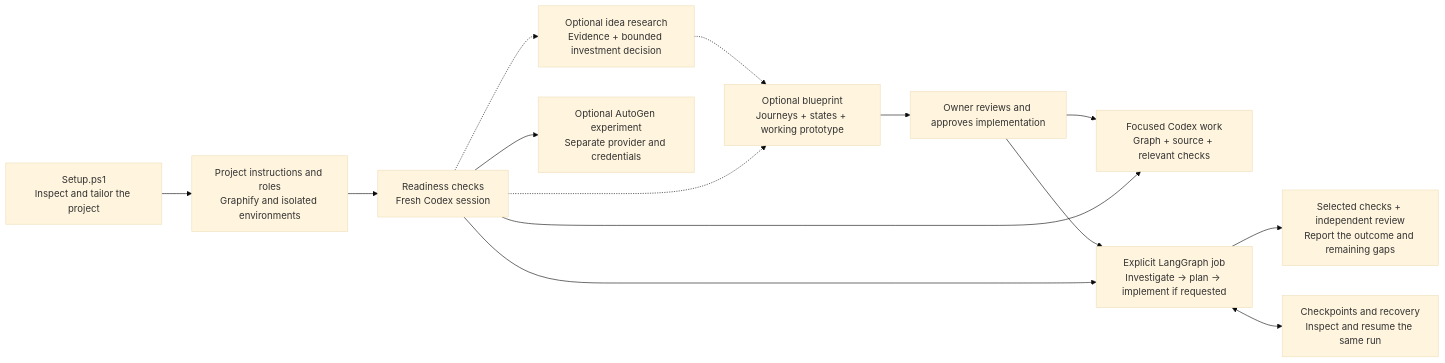
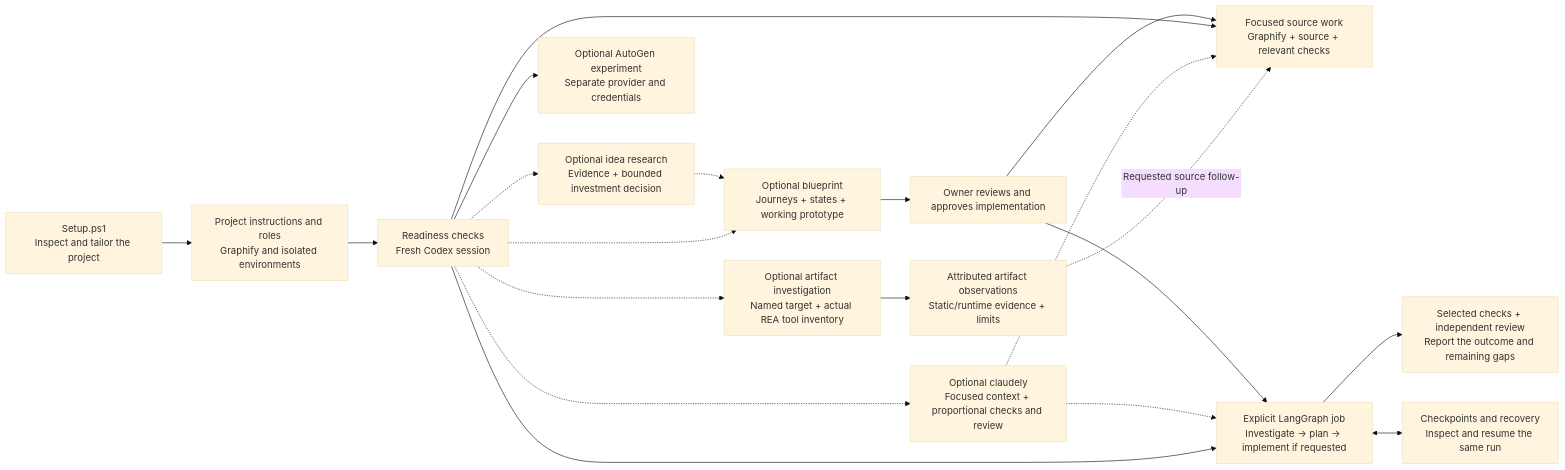
The first of 2 diagrams in README.md (ichillous/codex-on-steroids), drawn with Mermaid (base theme) before and after one commit. The commit also changed other lines of this file and 22 other files, not shown here.

First line of the commit message:
feat: add Claudely and REA workflow modules

````diff
--- a/README.md
+++ b/README.md
@@ -87,16 +87,22 @@
 ```mermaid
 flowchart LR
     Setup["Setup.ps1<br/>Inspect and tailor the project"] --> Tools["Project instructions and roles<br/>Graphify and isolated environments"]
     Tools --> Ready["Readiness checks<br/>Fresh Codex session"]
     Ready -.-> Research["Optional idea research<br/>Evidence + bounded investment decision"]
     Research -.-> Blueprint["Optional blueprint<br/>Journeys + states + working prototype"]
     Ready -.-> Blueprint
     Blueprint --> Approval["Owner reviews and approves implementation"]
     Approval --> Focused
     Approval --> Team
-    Ready --> Focused["Focused Codex work<br/>Graph + source + relevant checks"]
+    Ready --> Focused["Focused source work<br/>Graphify + source + relevant checks"]
+    Ready -.-> Claudely["Optional claudely<br/>Focused context + proportional checks and review"]
+    Claudely -.-> Focused
+    Claudely -.-> Team
+    Ready -.-> Artifact["Optional artifact investigation<br/>Named target + actual REA tool inventory"]
+    Artifact --> ArtifactResult["Attributed artifact observations<br/>Static/runtime evidence + limits"]
+    ArtifactResult -.->|"Requested source follow-up"| Focused
     Ready --> Team["Explicit LangGraph job<br/>Investigate → plan → implement if requested"]
     Team --> Review["Selected checks + independent review<br/>Report the outcome and remaining gaps"]
     Team <--> State["Checkpoints and recovery<br/>Inspect and resume the same run"]
     Ready --> Lab["Optional AutoGen experiment<br/>Separate provider and credentials"]
 ```
````
